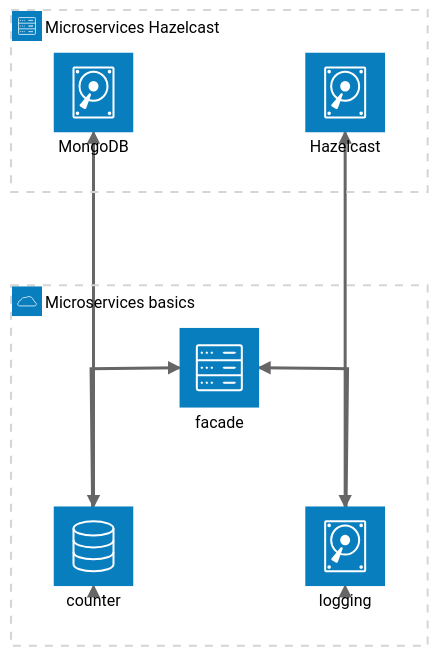
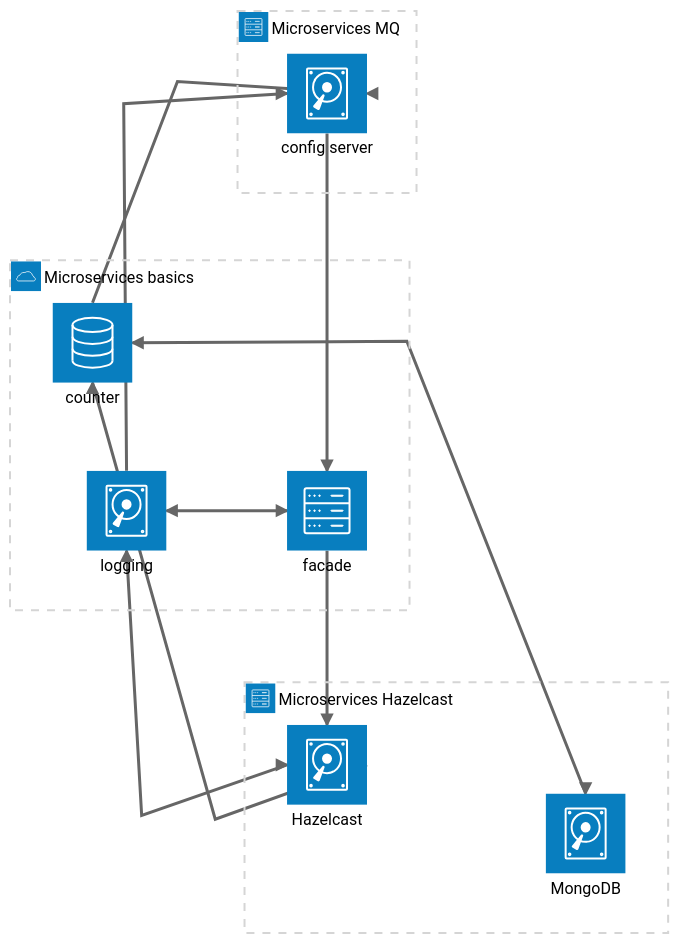
Before and after one commit to timofey282228/dsd-1: the diagram in README.md, drawn with Mermaid (neutral theme). The commit also changed other lines of this file, not shown here.

Commit message:
update diagram and structure

````diff
--- a/README.md
+++ b/README.md
@@ -5,17 +5,28 @@
 ```mermaid
 architecture-beta
     group lab1(cloud)[Microservices basics]
     group lab3(server)[Microservices Hazelcast]
+    group lab4(server)[Microservices MQ]
 
     service facade(server)[facade] in lab1
     service counter(database)[counter] in lab1
     service logging(disk)[logging] in lab1
 
     service mongodb(disk)[MongoDB] in lab3
     service hazelcast(disk)[Hazelcast] in lab3
 
-   facade:L <--> B:counter
-   facade:R <--> B:logging
-   hazelcast:B <--> T:logging
-   mongodb:B <--> T:counter
+    service configserver(disk)[config server] in lab4
+
+    mongodb:T <--> R:counter
+
+    facade:L <--> R:logging
+
+    hazelcast:T <-- B:facade
+    hazelcast:L <--> B:logging
+    hazelcast:R --> B:counter
+
+    configserver:B --> T:facade
+    configserver:R <-- T:counter
+    configserver:L <-- T:logging
+
 ```
````
